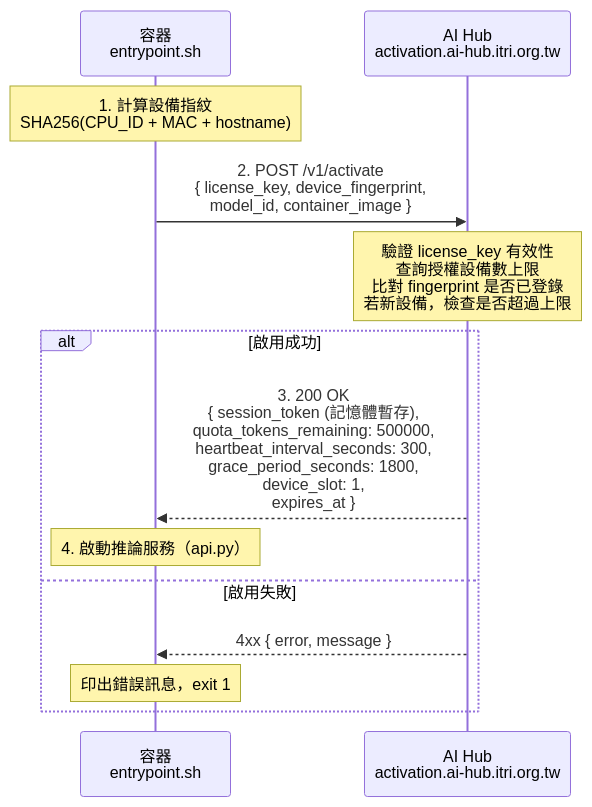
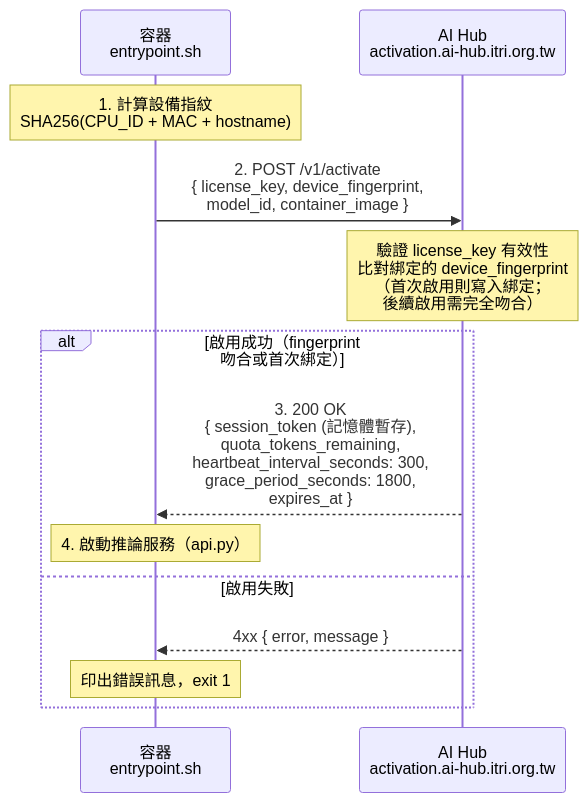
The first of 5 diagrams in docs/aihub-activation-handshake.md (t200i/footfit), drawn with Mermaid before and after one commit. The commit also changed other lines of this file and 1 other file, not shown here.

````diff
--- a/docs/aihub-activation-handshake.md
+++ b/docs/aihub-activation-handshake.md
@@ -64,19 +63,19 @@
 ```mermaid
 sequenceDiagram
     participant E as 容器<br/>entrypoint.sh
     participant H as AI Hub<br/>activation.ai-hub.itri.org.tw
 
     Note over E: 1. 計算設備指紋<br/>SHA256(CPU_ID + MAC + hostname)
 
     E->>H: 2. POST /v1/activate<br/>{ license_key, device_fingerprint,<br/>  model_id, container_image }
 
-    Note over H: 驗證 license_key 有效性<br/>查詢授權設備數上限<br/>比對 fingerprint 是否已登錄<br/>若新設備，檢查是否超過上限
+    Note over H: 驗證 license_key 有效性<br/>比對綁定的 device_fingerprint<br/>（首次啟用則寫入綁定；<br/> 後續啟用需完全吻合）
 
-    alt 啟用成功
-        H-->>E: 3. 200 OK<br/>{ session_token (記憶體暫存),<br/>  quota_tokens_remaining: 500000,<br/>  heartbeat_interval_seconds: 300,<br/>  grace_period_seconds: 1800,<br/>  device_slot: 1,<br/>  expires_at }
+    alt 啟用成功（fingerprint 吻合或首次綁定）
+        H-->>E: 3. 200 OK<br/>{ session_token (記憶體暫存),<br/>  quota_tokens_remaining,<br/>  heartbeat_interval_seconds: 300,<br/>  grace_period_seconds: 1800,<br/>  expires_at }
         Note over E: 4. 啟動推論服務（api.py）
     else 啟用失敗
         H-->>E: 4xx { error, message }
         Note over E: 印出錯誤訊息，exit 1
     end
 ```
````
